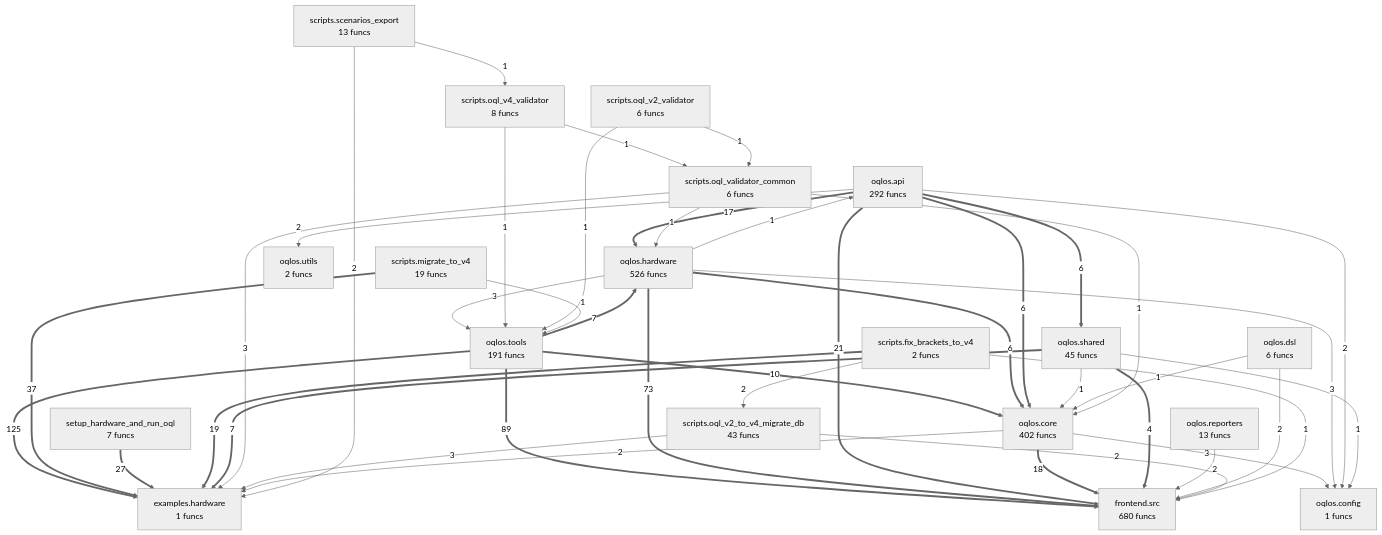
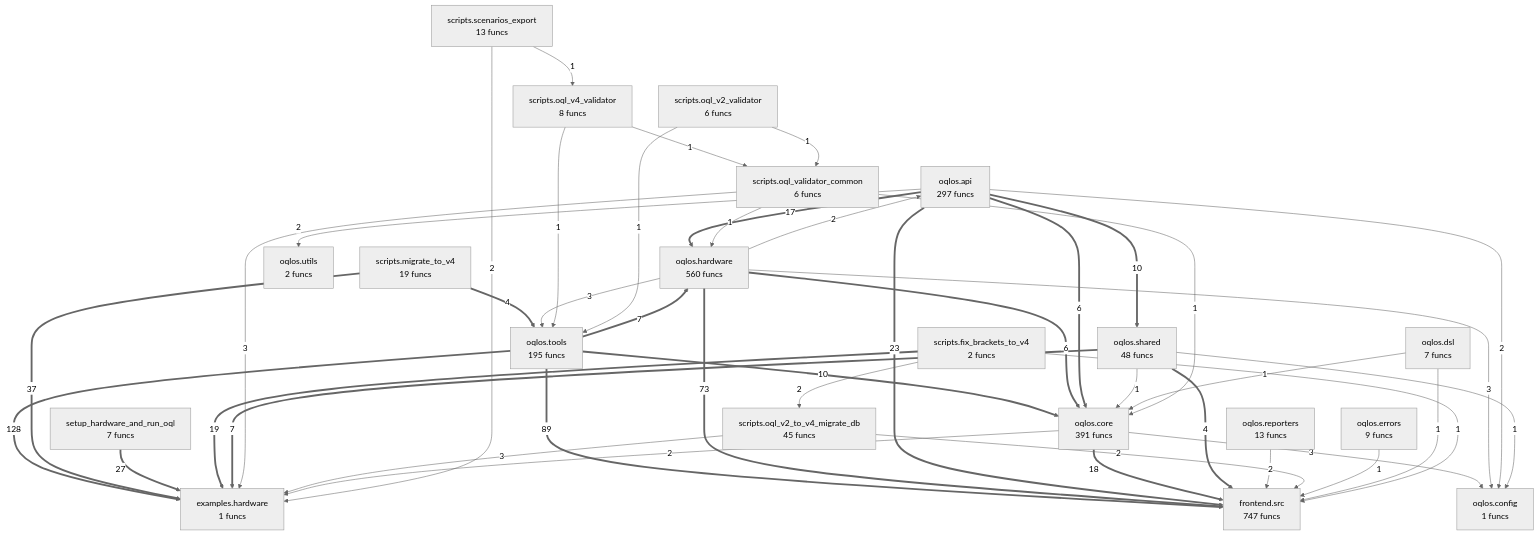
Before and after one commit to oqlos/oqlos: the diagram in project/compact_flow.mmd, drawn with Mermaid (neutral theme). The commit also changed 59 other files, not shown here.

```diff
--- a/project/compact_flow.mmd
+++ b/project/compact_flow.mmd
@@ -1,63 +1,65 @@
 flowchart TD
-%% generated in 0.04s
+%% generated in 0.07s
     examples__hardware["examples.hardware<br/>1 funcs"]
-    frontend__src["frontend.src<br/>680 funcs"]
-    oqlos__api["oqlos.api<br/>292 funcs"]
+    frontend__src["frontend.src<br/>747 funcs"]
+    oqlos__api["oqlos.api<br/>297 funcs"]
     oqlos__config["oqlos.config<br/>1 funcs"]
-    oqlos__core["oqlos.core<br/>402 funcs"]
-    oqlos__dsl["oqlos.dsl<br/>6 funcs"]
-    oqlos__hardware["oqlos.hardware<br/>526 funcs"]
+    oqlos__core["oqlos.core<br/>391 funcs"]
+    oqlos__dsl["oqlos.dsl<br/>7 funcs"]
+    oqlos__errors["oqlos.errors<br/>9 funcs"]
+    oqlos__hardware["oqlos.hardware<br/>560 funcs"]
     oqlos__reporters["oqlos.reporters<br/>13 funcs"]
-    oqlos__shared["oqlos.shared<br/>45 funcs"]
-    oqlos__tools["oqlos.tools<br/>191 funcs"]
+    oqlos__shared["oqlos.shared<br/>48 funcs"]
+    oqlos__tools["oqlos.tools<br/>195 funcs"]
     oqlos__utils["oqlos.utils<br/>2 funcs"]
     scripts__fix_brackets_to_v4["scripts.fix_brackets_to_v4<br/>2 funcs"]
     scripts__migrate_to_v4["scripts.migrate_to_v4<br/>19 funcs"]
-    scripts__oql_v2_to_v4_migrate_db["scripts.oql_v2_to_v4_migrate_db<br/>43 funcs"]
+    scripts__oql_v2_to_v4_migrate_db["scripts.oql_v2_to_v4_migrate_db<br/>45 funcs"]
     scripts__oql_v2_validator["scripts.oql_v2_validator<br/>6 funcs"]
     scripts__oql_v4_validator["scripts.oql_v4_validator<br/>8 funcs"]
     scripts__oql_validator_common["scripts.oql_validator_common<br/>6 funcs"]
     scripts__scenarios_export["scripts.scenarios_export<br/>13 funcs"]
     setup_hardware_and_run_oql["setup_hardware_and_run_oql<br/>7 funcs"]
-    oqlos__tools ==>|125| examples__hardware
+    oqlos__tools ==>|128| examples__hardware
     oqlos__tools ==>|89| frontend__src
     oqlos__hardware ==>|73| frontend__src
     scripts__migrate_to_v4 ==>|37| examples__hardware
     setup_hardware_and_run_oql ==>|27| examples__hardware
-    oqlos__api ==>|21| frontend__src
+    oqlos__api ==>|23| frontend__src
     scripts__fix_brackets_to_v4 ==>|19| examples__hardware
     oqlos__core ==>|18| frontend__src
     oqlos__api ==>|17| oqlos__hardware
     oqlos__tools ==>|10| oqlos__core
+    oqlos__api ==>|10| oqlos__shared
     oqlos__tools ==>|7| oqlos__hardware
     oqlos__shared ==>|7| examples__hardware
     oqlos__hardware ==>|6| oqlos__core
     oqlos__api ==>|6| oqlos__core
-    oqlos__api ==>|6| oqlos__shared
     oqlos__shared ==>|4| frontend__src
+    scripts__migrate_to_v4 ==>|4| oqlos__tools
     oqlos__core -->|3| oqlos__config
     oqlos__hardware -->|3| oqlos__config
     oqlos__hardware -->|3| oqlos__tools
     scripts__oql_validator_common -->|3| examples__hardware
     scripts__oql_v2_to_v4_migrate_db -->|3| examples__hardware
     oqlos__core -->|2| examples__hardware
+    oqlos__hardware -->|2| oqlos__api
     oqlos__reporters -->|2| frontend__src
     oqlos__api -->|2| oqlos__utils
     oqlos__api -->|2| oqlos__config
-    oqlos__dsl -->|2| frontend__src
     scripts__fix_brackets_to_v4 -->|2| scripts__oql_v2_to_v4_migrate_db
     scripts__oql_v2_to_v4_migrate_db -->|2| frontend__src
     scripts__scenarios_export -->|2| examples__hardware
-    oqlos__hardware -->|1| oqlos__api
+    oqlos__errors -->|1| frontend__src
     oqlos__shared -->|1| oqlos__core
     oqlos__shared -->|1| oqlos__config
     oqlos__dsl -->|1| oqlos__core
+    oqlos__dsl -->|1| frontend__src
     scripts__oql_validator_common -->|1| oqlos__core
     scripts__oql_validator_common -->|1| oqlos__hardware
     scripts__oql_v4_validator -->|1| oqlos__tools
     scripts__oql_v4_validator -->|1| scripts__oql_validator_common
     scripts__fix_brackets_to_v4 -->|1| frontend__src
     scripts__oql_v2_validator -->|1| oqlos__tools
     scripts__oql_v2_validator -->|1| scripts__oql_validator_common
-    scripts__migrate_to_v4 -->|1| oqlos__tools
     scripts__scenarios_export -->|1| scripts__oql_v4_validator
```
